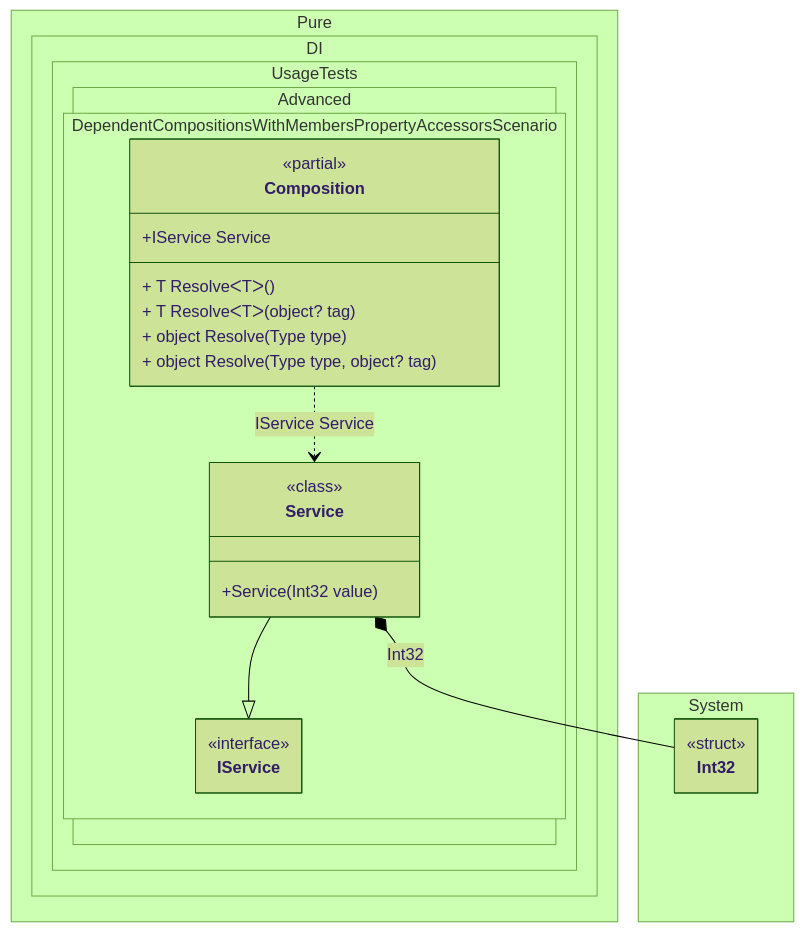
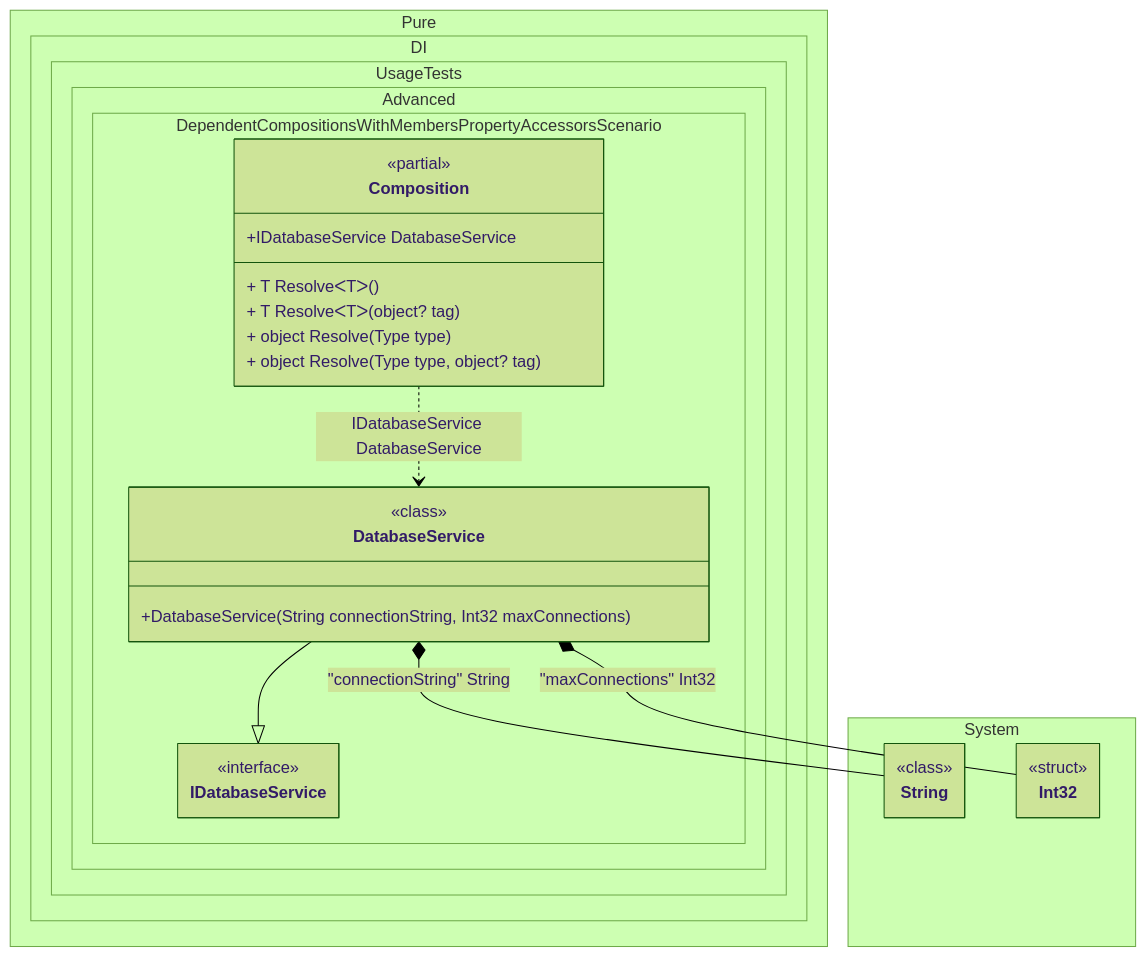
Before and after one commit to MaiKuraki/Pure.DI: the diagram in readme/dependent-compositions-with-setup-context-members-and-property-accessors.md, drawn with Mermaid (forest theme). The commit also changed other lines of this file and 88 other files, not shown here.

````diff
--- a/readme/dependent-compositions-with-setup-context-members-and-property-accessors.md
+++ b/readme/dependent-compositions-with-setup-context-members-and-property-accessors.md
@@ -240,35 +282,39 @@
 ```mermaid
 ---
  config:
   maxTextSize: 2147483647
   maxEdges: 2147483647
   class:
    hideEmptyMembersBox: true
 ---
 classDiagram
-	Service --|> IService
-	Composition ..> Service : IService Service
-	Service *--  Int32 : Int32
+	DatabaseService --|> IDatabaseService
+	Composition ..> DatabaseService : IDatabaseService DatabaseService
+	DatabaseService *--  String : "connectionString"  String
+	DatabaseService *--  Int32 : "maxConnections"  Int32
 	namespace Pure.DI.UsageTests.Advanced.DependentCompositionsWithMembersPropertyAccessorsScenario {
 		class Composition {
 		<<partial>>
-		+IService Service
+		+IDatabaseService DatabaseService
 		+ T ResolveᐸTᐳ()
 		+ T ResolveᐸTᐳ(object? tag)
 		+ object Resolve(Type type)
 		+ object Resolve(Type type, object? tag)
 		}
-		class IService {
+		class DatabaseService {
+				<<class>>
+			+DatabaseService(String connectionString, Int32 maxConnections)
+		}
+		class IDatabaseService {
 			<<interface>>
-		}
-		class Service {
-				<<class>>
-			+Service(Int32 value)
 		}
 	}
 	namespace System {
 		class Int32 {
 				<<struct>>
 		}
+		class String {
+				<<class>>
+		}
 	}
 ```
````
